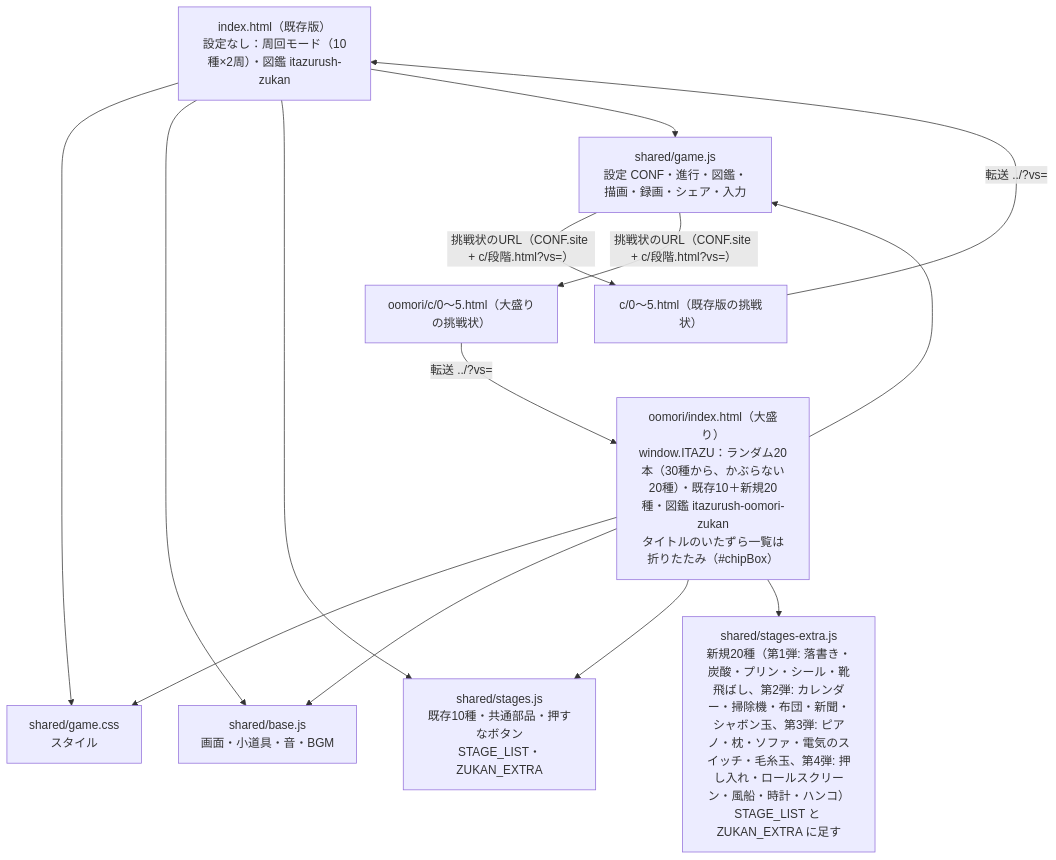
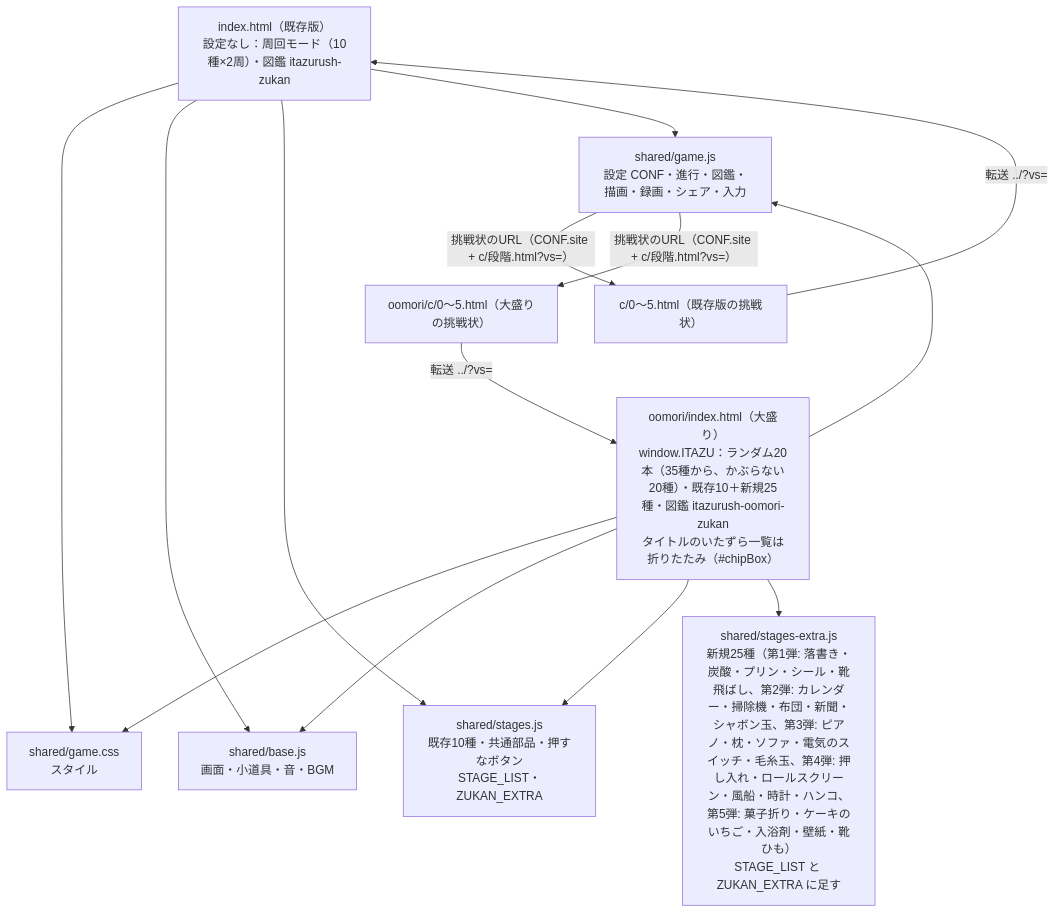
One commit to sakuichi/itazu-rush changed the first of 2 diagrams in docs/architecture.md. Above: the diagram before and after it, drawn with Mermaid. The commit also changed 10 other files, not shown here.

Commit message:
大盛り！第5弾：菓子折り・ケーキのいちご・入浴剤・壁紙・靴ひもを追加（全35種）

````diff
--- a/docs/architecture.md
+++ b/docs/architecture.md
@@ -10,17 +10,17 @@
 ```mermaid
 flowchart TD
   P1["index.html（既存版）<br>設定なし：周回モード（10種×2周）・図鑑 itazurush-zukan"]
-  P2["oomori/index.html（大盛り）<br>window.ITAZU：ランダム20本（30種から、かぶらない20種）・既存10＋新規20種・図鑑 itazurush-oomori-zukan<br>タイトルのいたずら一覧は折りたたみ（#chipBox）"]
+  P2["oomori/index.html（大盛り）<br>window.ITAZU：ランダム20本（35種から、かぶらない20種）・既存10＋新規25種・図鑑 itazurush-oomori-zukan<br>タイトルのいたずら一覧は折りたたみ（#chipBox）"]
   CSS["shared/game.css<br>スタイル"]
   BASE["shared/base.js<br>画面・小道具・音・BGM"]
   ST["shared/stages.js<br>既存10種・共通部品・押すなボタン<br>STAGE_LIST・ZUKAN_EXTRA"]
-  EX["shared/stages-extra.js<br>新規20種（第1弾: 落書き・炭酸・プリン・シール・靴飛ばし、第2弾: カレンダー・掃除機・布団・新聞・シャボン玉、第3弾: ピアノ・枕・ソファ・電気のスイッチ・毛糸玉、第4弾: 押し入れ・ロールスクリーン・風船・時計・ハンコ）<br>STAGE_LIST と ZUKAN_EXTRA に足す"]
+  EX["shared/stages-extra.js<br>新規25種（第1弾: 落書き・炭酸・プリン・シール・靴飛ばし、第2弾: カレンダー・掃除機・布団・新聞・シャボン玉、第3弾: ピアノ・枕・ソファ・電気のスイッチ・毛糸玉、第4弾: 押し入れ・ロールスクリーン・風船・時計・ハンコ、第5弾: 菓子折り・ケーキのいちご・入浴剤・壁紙・靴ひも）<br>STAGE_LIST と ZUKAN_EXTRA に足す"]
   GAME["shared/game.js<br>設定 CONF・進行・図鑑・描画・録画・シェア・入力"]
   CH1["c/0〜5.html（既存版の挑戦状）"]
   CH2["oomori/c/0〜5.html（大盛りの挑戦状）"]
   P1 --> CSS & BASE & ST & GAME
   P2 --> CSS & BASE & ST & EX & GAME
   GAME -- "挑戦状のURL（CONF.site + c/段階.html?vs=）" --> CH1 & CH2
   CH1 -- "転送 ../?vs=" --> P1
   CH2 -- "転送 ../?vs=" --> P2
 ```
````
